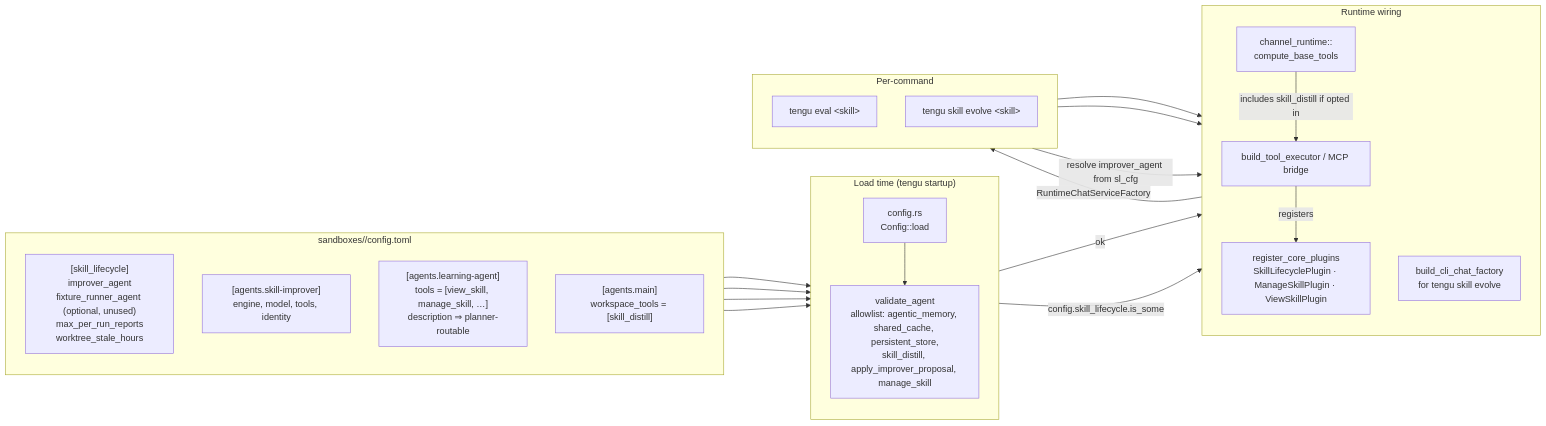
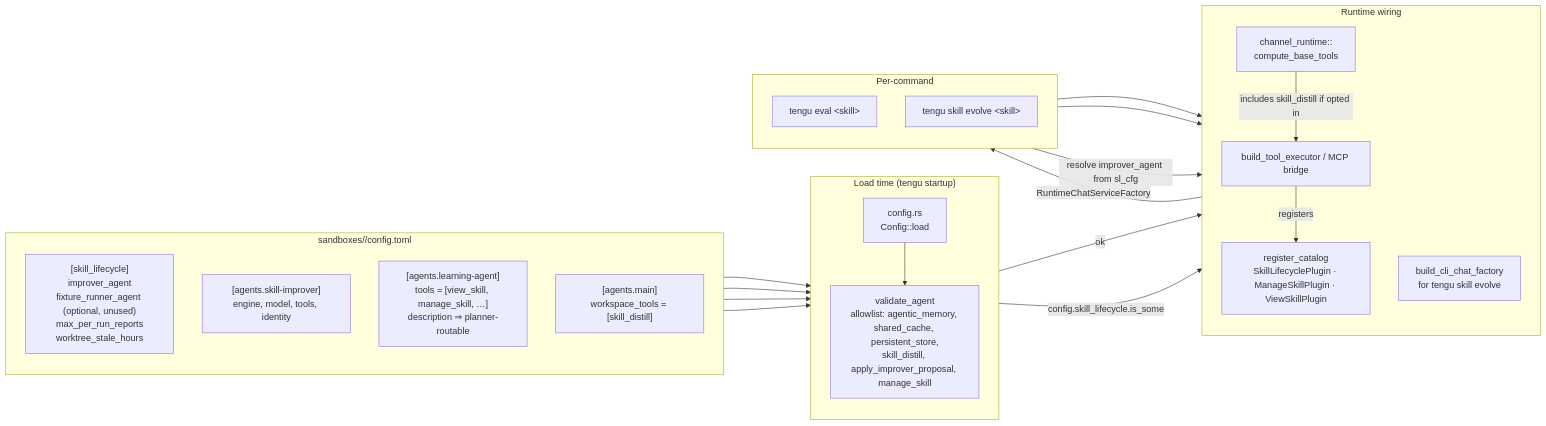
The eighth of 8 diagrams in docs/skill-lifecycle-pipeline-diagrams.md (DemidovVladimir/tengu-cluster), drawn with Mermaid before and after one commit. The commit also changed other lines of this file and 283 other files, not shown here.

````diff
--- a/docs/skill-lifecycle-pipeline-diagrams.md
+++ b/docs/skill-lifecycle-pipeline-diagrams.md
@@ -592,43 +592,43 @@
 ```mermaid
 flowchart LR
     subgraph TOML["sandboxes/<name>/config.toml"]
         direction TB
         cfg_sl["[skill_lifecycle]<br/>improver_agent<br/>fixture_runner_agent (optional, unused)<br/>max_per_run_reports<br/>worktree_stale_hours"]
         cfg_imp["[agents.skill-improver]<br/>engine, model, tools, identity"]
         cfg_fr["[agents.learning-agent]<br/>tools = [view_skill, manage_skill, …]<br/>description ⇒ planner-routable"]
         cfg_main["[agents.main]<br/>workspace_tools = [skill_distill]"]
     end
 
     subgraph Load["Load time (tengu startup)"]
         direction TB
         parse[config.rs<br/>Config::load]
         validate[validate_agent<br/>allowlist: agentic_memory, shared_cache, persistent_store,<br/>skill_distill, apply_improver_proposal, manage_skill]
     end
 
     subgraph Runtime["Runtime wiring"]
         direction TB
         cbt[channel_runtime::<br/>compute_base_tools]
         bte[build_tool_executor / MCP bridge]
-        reg[register_core_plugins<br/>SkillLifecyclePlugin · ManageSkillPlugin · ViewSkillPlugin]
+        reg[register_catalog<br/>SkillLifecyclePlugin · ManageSkillPlugin · ViewSkillPlugin]
         bccf[build_cli_chat_factory<br/>for tengu skill evolve]
     end
 
     subgraph Invoke["Per-command"]
         direction TB
         eval_inv[tengu eval &lt;skill&gt;]
         evolve_inv[tengu skill evolve &lt;skill&gt;]
     end
 
     cfg_sl --> parse
     cfg_imp & cfg_fr & cfg_main --> parse
     parse --> validate
     validate -->|ok| cbt
     cbt -->|includes skill_distill if opted in| bte
     bte -->|registers| reg
     parse -->|config.skill_lifecycle.is_some| bccf
 
     eval_inv --> cbt
     evolve_inv --> bccf
     evolve_inv -->|resolve improver_agent from sl_cfg| bccf
     bccf -->|RuntimeChatServiceFactory| evolve_inv
 ```
````
